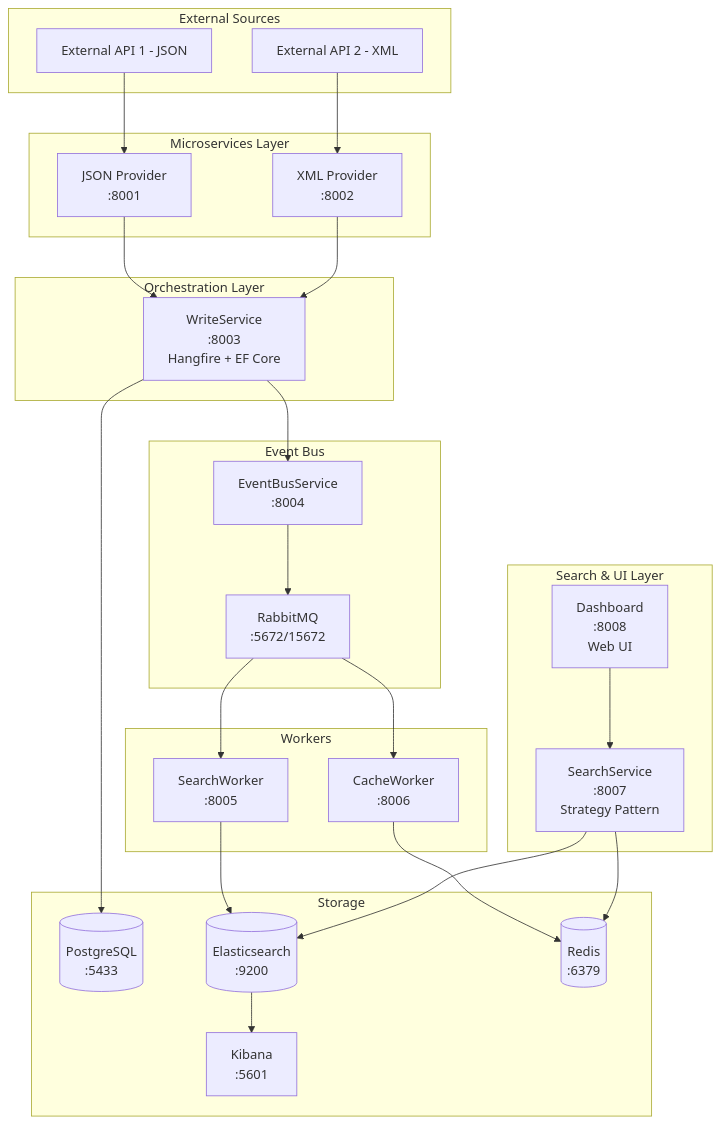
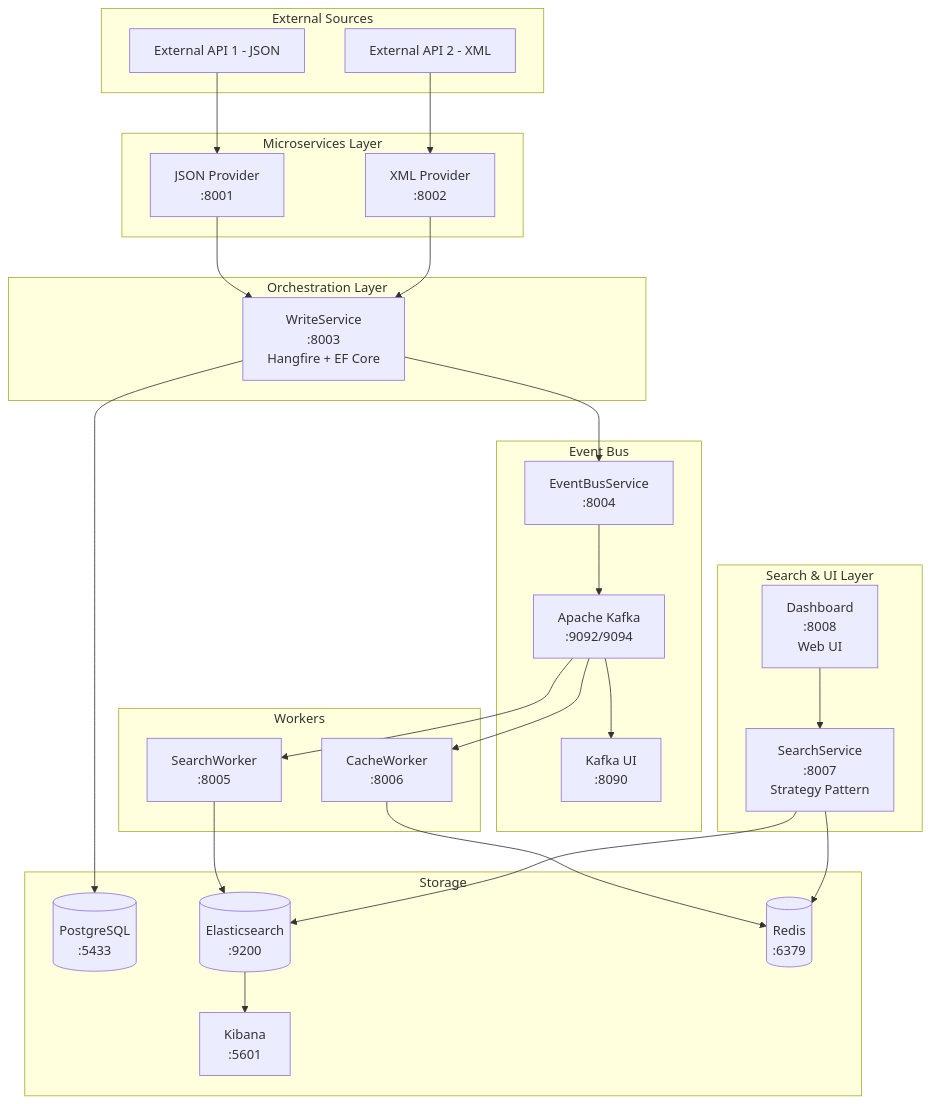
The diagram in README.md (ofurkanuygur/search-case), drawn with Mermaid before and after one commit. The commit also changed other lines of this file and 10 other files, not shown here.

First line of the commit message:
feat: Migrate from RabbitMQ to Apache Kafka for event streaming

````diff
--- a/README.md
+++ b/README.md
@@ -26,54 +26,56 @@
 ```mermaid
 graph TD
     subgraph External Sources
         API1[External API 1 - JSON]
         API2[External API 2 - XML]
     end
 
     subgraph Microservices Layer
         JP[JSON Provider<br/>:8001]
         XP[XML Provider<br/>:8002]
     end
 
     subgraph Orchestration Layer
         WS[WriteService<br/>:8003<br/>Hangfire + EF Core]
     end
 
     subgraph Event Bus
         EB[EventBusService<br/>:8004]
-        RMQ[RabbitMQ<br/>:5672/15672]
+        KAFKA[Apache Kafka<br/>:9092/9094]
+        KUI[Kafka UI<br/>:8090]
     end
 
     subgraph Workers
         SW[SearchWorker<br/>:8005]
         CW[CacheWorker<br/>:8006]
     end
 
     subgraph Search & UI Layer
         SS[SearchService<br/>:8007<br/>Strategy Pattern]
         DB[Dashboard<br/>:8008<br/>Web UI]
     end
 
     subgraph Storage
         PG[(PostgreSQL<br/>:5433)]
         ES[(Elasticsearch<br/>:9200)]
         RD[(Redis<br/>:6379)]
         KB[Kibana<br/>:5601]
     end
 
     API1 --> JP
     API2 --> XP
     JP --> WS
     XP --> WS
     WS --> PG
     WS --> EB
-    EB --> RMQ
-    RMQ --> SW
-    RMQ --> CW
+    EB --> KAFKA
+    KAFKA --> SW
+    KAFKA --> CW
+    KAFKA --> KUI
     SW --> ES
     CW --> RD
     ES --> KB
     SS --> ES
     SS --> RD
     DB --> SS
 ```
````
